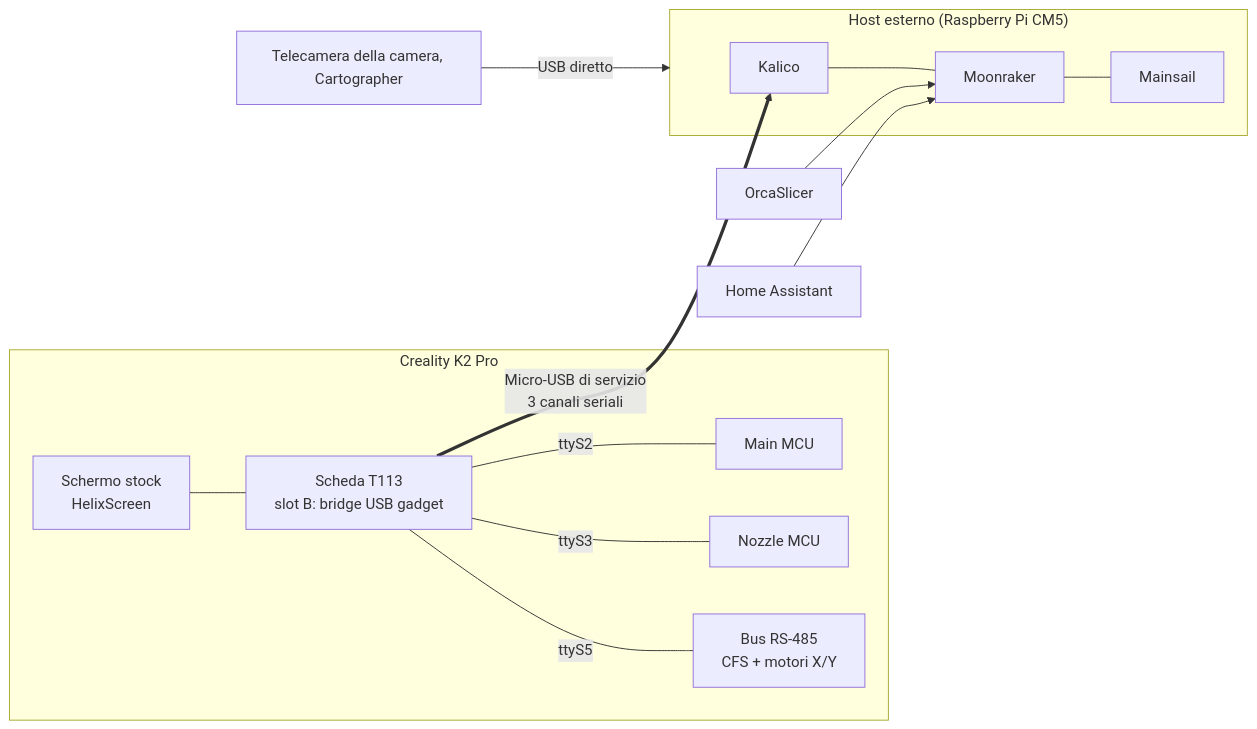
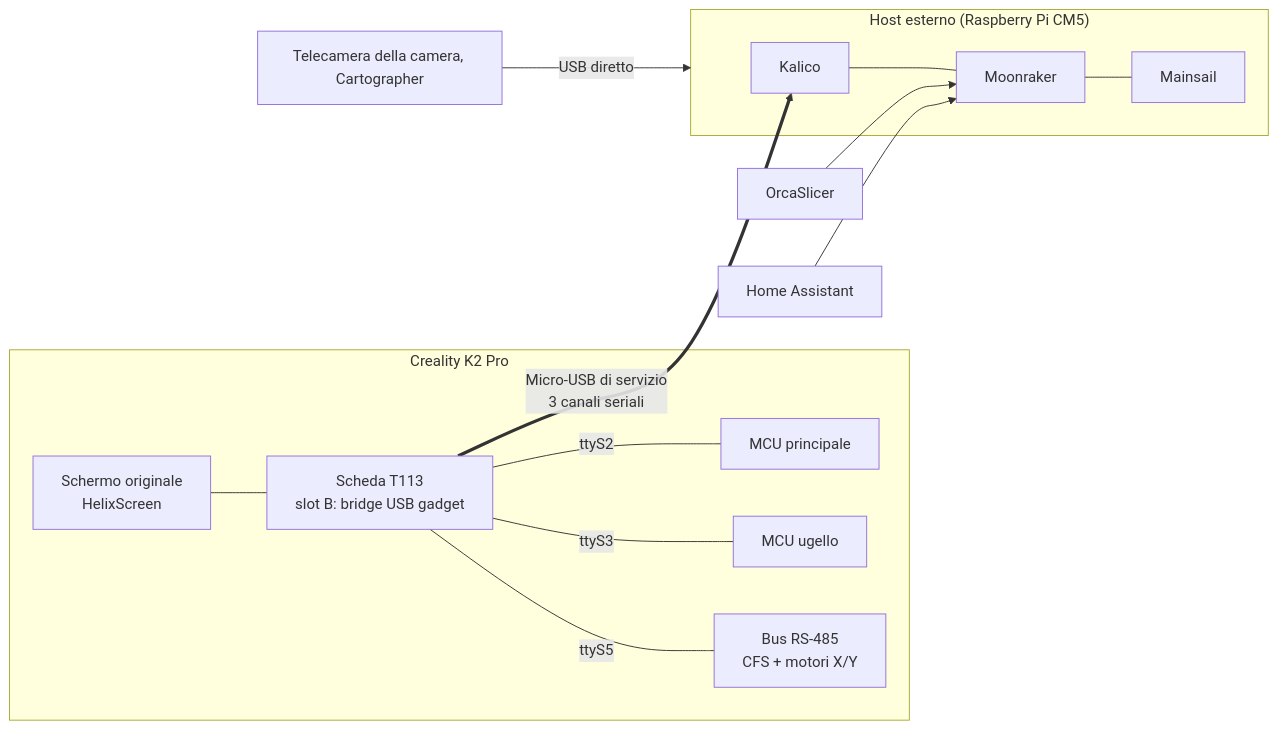
One commit to MzTechnology97/K2-OpenHost changed the diagram in docs/it/index.md. Above: the diagram before and after it, drawn with Mermaid. The commit also changed other lines of this file and 1 other file, not shown here.

````diff
--- a/docs/it/index.md
+++ b/docs/it/index.md
@@ -165,24 +93,24 @@
 ```mermaid
 flowchart LR
     subgraph K2["Creality K2 Pro"]
-        LCD["Schermo stock<br/>HelixScreen"]
+        LCD["Schermo originale<br/>HelixScreen"]
         T113["Scheda T113<br/>slot B: bridge USB gadget"]
-        MAIN["Main MCU"]
-        NOZ["Nozzle MCU"]
+        MAIN["MCU principale"]
+        NOZ["MCU ugello"]
         BUS["Bus RS-485<br/>CFS + motori X/Y"]
         LCD --- T113
         T113 -- ttyS2 --- MAIN
         T113 -- ttyS3 --- NOZ
         T113 -- ttyS5 --- BUS
     end
     subgraph HOST["Host esterno (Raspberry Pi CM5)"]
         KAL["Kalico"]
         MR["Moonraker"]
         MS["Mainsail"]
         KAL --- MR --- MS
     end
     T113 == "Micro-USB di servizio<br/>3 canali seriali" ==> KAL
     CAM["Telecamera della camera, Cartographer"] -- USB diretto --> HOST
     ORCA["OrcaSlicer"] --> MR
     HA["Home Assistant"] --> MR
 ```
````
